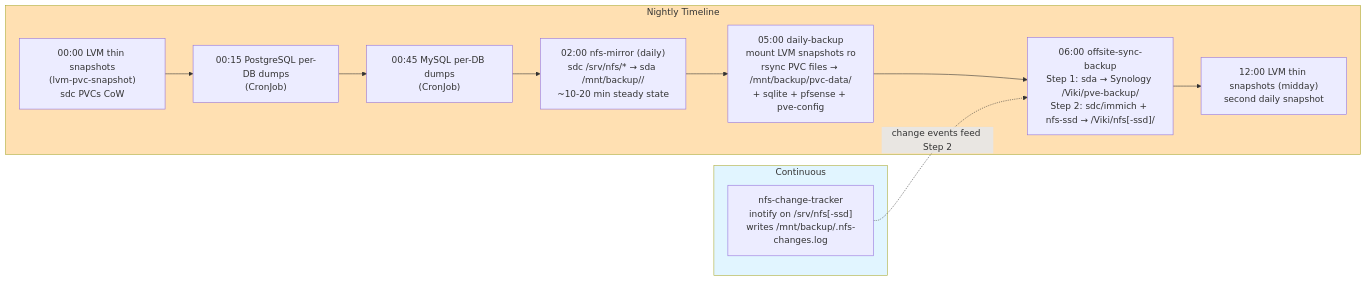
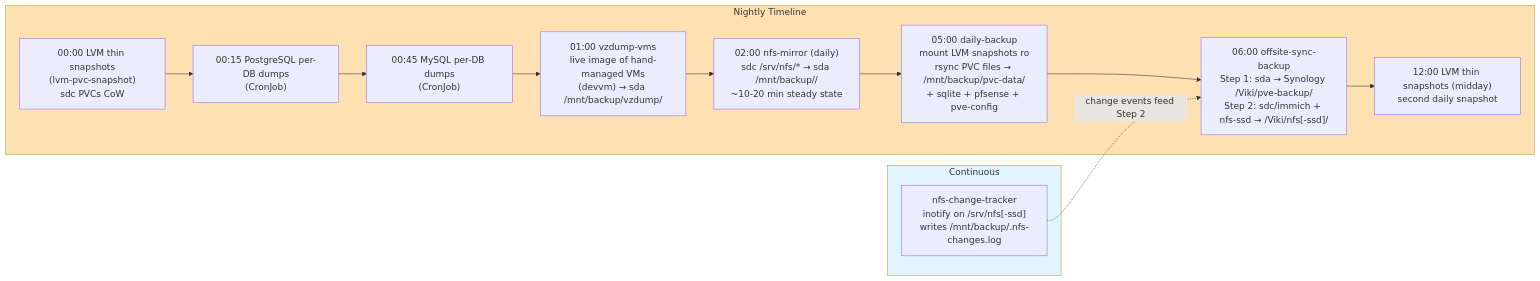
Before and after one commit to ViktorBarzin/infra: the third of 6 diagrams in docs/architecture/backup-dr.md, drawn with Mermaid. The commit also changed other lines of this file and 5 other files, not shown here.

First line of the commit message:
backup: image-level vzdump of hand-managed VMs (devvm) — close no-VM-backup DR gap

````diff
--- a/docs/architecture/backup-dr.md
+++ b/docs/architecture/backup-dr.md
@@ -201,22 +203,23 @@
 ```mermaid
 graph LR
     subgraph Continuous["Continuous"]
         INO["nfs-change-tracker<br/>inotify on /srv/nfs[-ssd]<br/>writes /mnt/backup/.nfs-changes.log"]
     end
 
     subgraph Nightly["Nightly Timeline"]
         T0000["00:00 LVM thin snapshots<br/>(lvm-pvc-snapshot)<br/>sdc PVCs CoW"]
         T0015["00:15 PostgreSQL per-DB dumps<br/>(CronJob)"]
         T0045["00:45 MySQL per-DB dumps<br/>(CronJob)"]
+        T0100["01:00 vzdump-vms<br/>live image of hand-managed VMs<br/>(devvm) → sda /mnt/backup/vzdump/"]
         T0200["02:00 nfs-mirror (daily)<br/>sdc /srv/nfs/* → sda /mnt/backup/<svc>/<br/>~10-20 min steady state"]
         T0500["05:00 daily-backup<br/>mount LVM snapshots ro<br/>rsync PVC files → /mnt/backup/pvc-data/<br/>+ sqlite + pfsense + pve-config"]
         T0600["06:00 offsite-sync-backup<br/>Step 1: sda → Synology /Viki/pve-backup/<br/>Step 2: sdc/immich + nfs-ssd → /Viki/nfs[-ssd]/"]
         T1200["12:00 LVM thin snapshots (midday)<br/>second daily snapshot"]
     end
 
-    T0000 --> T0015 --> T0045 --> T0200 --> T0500 --> T0600 --> T1200
+    T0000 --> T0015 --> T0045 --> T0100 --> T0200 --> T0500 --> T0600 --> T1200
     INO -.->|change events feed Step 2| T0600
 
     style Nightly fill:#ffe0b2
     style Continuous fill:#e1f5ff
 ```
````
